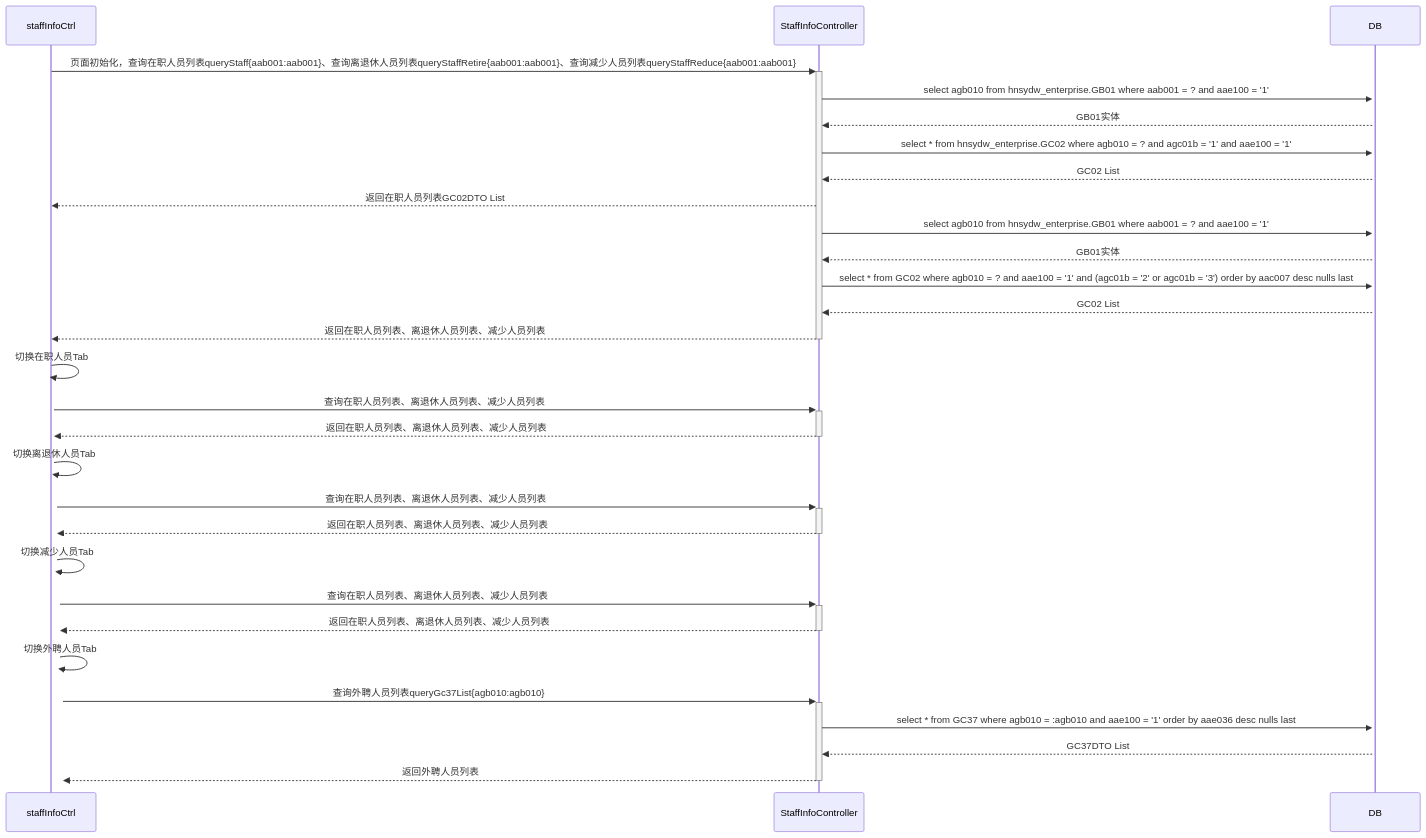
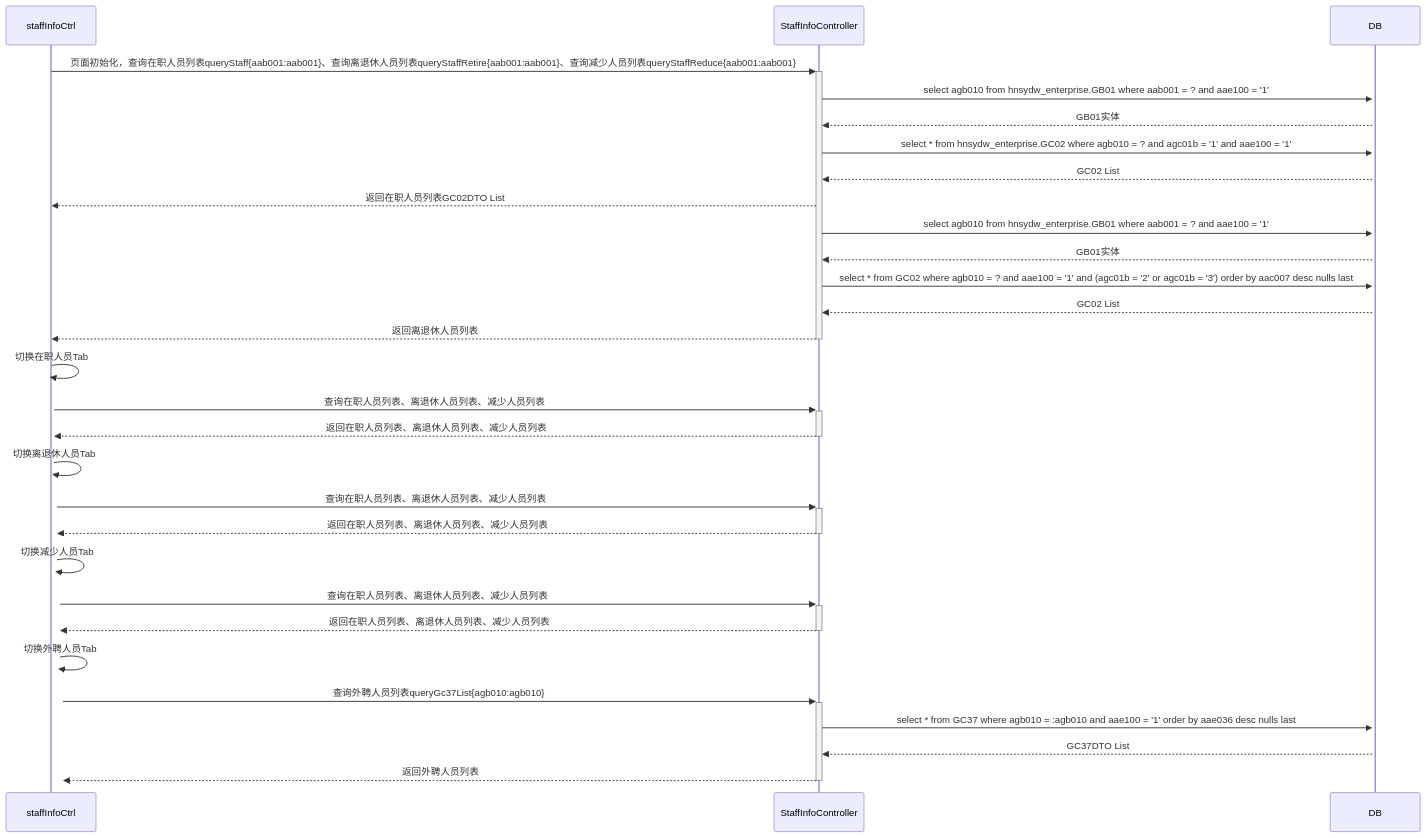
Before and after one commit to ZhangJianBeiJing/iodraw-files: the diagram in all/人员基本信息初始化页面多Tab调用业务流程.md, drawn with Mermaid.

Commit message:
2025-03-25 10:50:47 update

````diff
--- a/all/人员基本信息初始化页面多Tab调用业务流程.md
+++ b/all/人员基本信息初始化页面多Tab调用业务流程.md
@@ -1,30 +1,30 @@
 ```mermaid
 sequenceDiagram
     staffInfoCtrl->>+StaffInfoController: 页面初始化，查询在职人员列表queryStaff{aab001:aab001}、查询离退休人员列表queryStaffRetire{aab001:aab001}、查询减少人员列表queryStaffReduce{aab001:aab001}
     
     StaffInfoController->>+DB:select agb010 from hnsydw_enterprise.GB01 where aab001 = ? and aae100 = '1'
     DB-->>StaffInfoController:GB01实体
     StaffInfoController->>+DB:select * from hnsydw_enterprise.GC02 where agb010 = ? and agc01b = '1' and aae100 = '1'
     DB-->>StaffInfoController:GC02 List
     StaffInfoController-->>staffInfoCtrl:返回在职人员列表GC02DTO List
     
     StaffInfoController->>+DB:select agb010 from hnsydw_enterprise.GB01 where aab001 = ? and aae100 = '1'
     DB-->>StaffInfoController:GB01实体
     StaffInfoController->>+DB:select * from GC02 where agb010 = ? and aae100 = '1' and (agc01b = '2' or agc01b = '3') order by aac007 desc nulls last 
     DB-->>StaffInfoController:GC02 List
-    StaffInfoController-->>-staffInfoCtrl:返回在职人员列表、离退休人员列表、减少人员列表
+    StaffInfoController-->>-staffInfoCtrl:返回离退休人员列表
     staffInfoCtrl->>+staffInfoCtrl:切换在职人员Tab
     staffInfoCtrl->>+StaffInfoController:查询在职人员列表、离退休人员列表、减少人员列表
     StaffInfoController-->>-staffInfoCtrl:返回在职人员列表、离退休人员列表、减少人员列表
     staffInfoCtrl->>+staffInfoCtrl:切换离退休人员Tab
     staffInfoCtrl->>+StaffInfoController:查询在职人员列表、离退休人员列表、减少人员列表
     StaffInfoController-->>-staffInfoCtrl:返回在职人员列表、离退休人员列表、减少人员列表
     staffInfoCtrl->>+staffInfoCtrl:切换减少人员Tab
     staffInfoCtrl->>+StaffInfoController:查询在职人员列表、离退休人员列表、减少人员列表
     StaffInfoController-->>-staffInfoCtrl:返回在职人员列表、离退休人员列表、减少人员列表
     staffInfoCtrl->>+staffInfoCtrl:切换外聘人员Tab
     staffInfoCtrl->>+StaffInfoController:查询外聘人员列表queryGc37List{agb010:agb010}
     StaffInfoController->>+DB:select * from GC37 where agb010 = :agb010 and aae100 = '1' order by aae036 desc nulls last
     DB-->>StaffInfoController:GC37DTO List 
     StaffInfoController-->>-staffInfoCtrl:返回外聘人员列表
 ```
````
